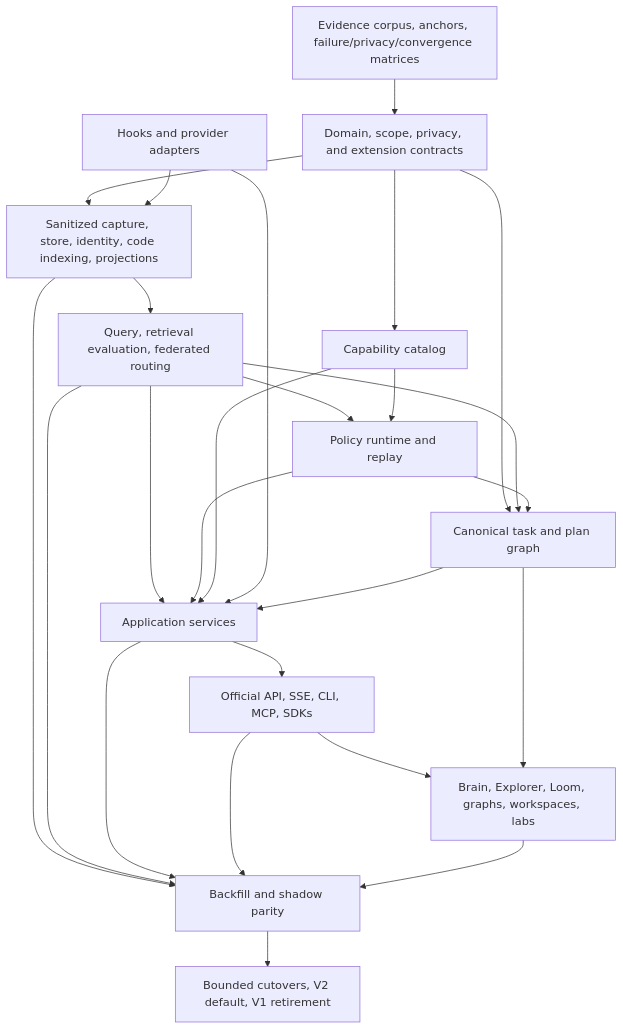
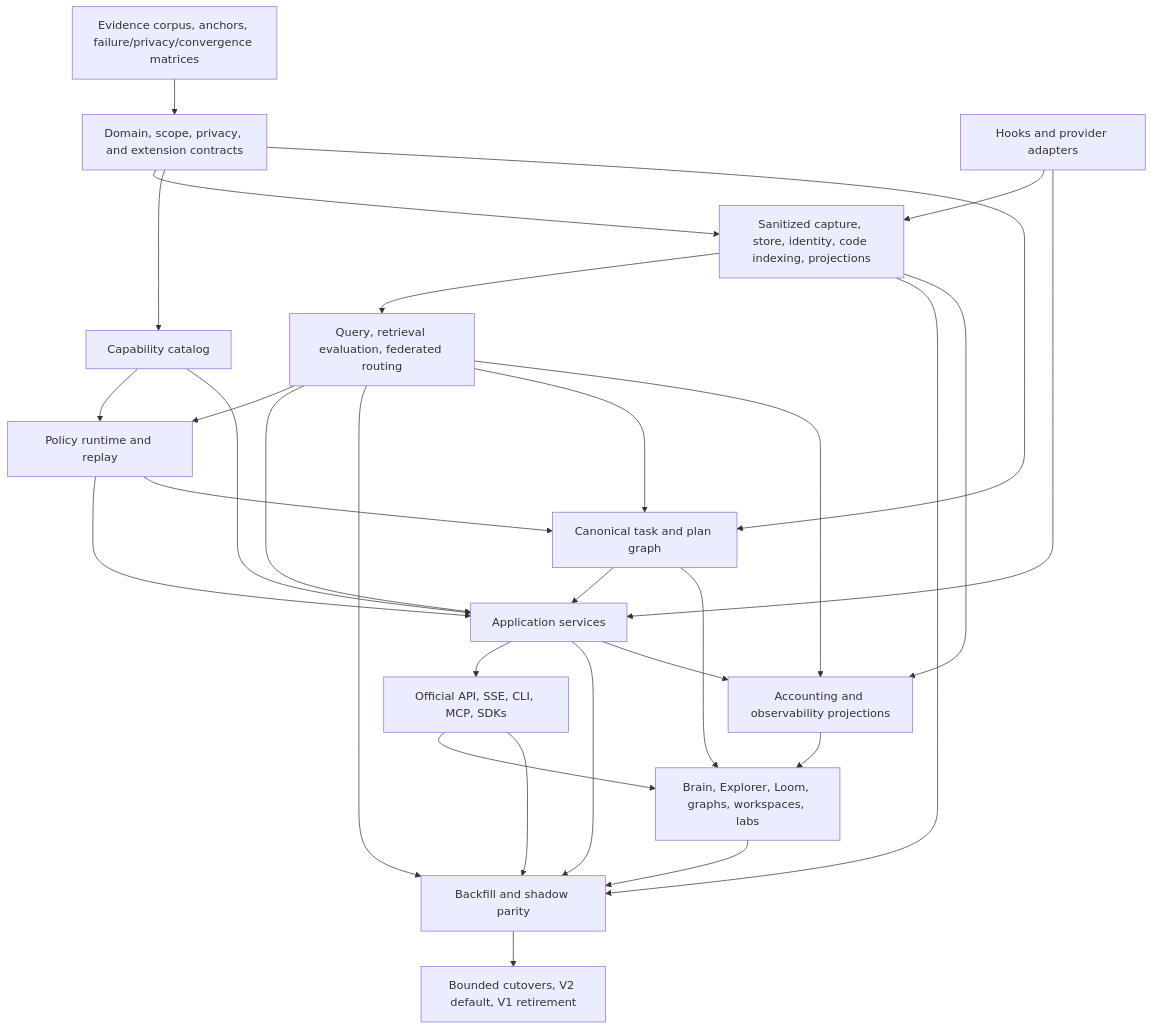
One commit to ScriptedAlchemy/tracedecay changed the diagram in docs/superpowers/plans/tracedecay-v2/00-plan-set-index.md. Above: the diagram before and after it, drawn with Mermaid. The commit also changed other lines of this file and 26 other files, not shown here.

````diff
--- a/docs/superpowers/plans/tracedecay-v2/00-plan-set-index.md
+++ b/docs/superpowers/plans/tracedecay-v2/00-plan-set-index.md
@@ -171,27 +183,31 @@
 ```mermaid
 flowchart TD
     E["Evidence corpus, anchors, failure/privacy/convergence matrices"] --> D["Domain, scope, privacy, and extension contracts"]
     D --> S["Sanitized capture, store, identity, code indexing, projections"]
     S --> Q["Query, retrieval evaluation, federated routing"]
     D --> C["Capability catalog"]
     Q --> P["Policy runtime and replay"]
     C --> P
     Q --> A["Application services"]
     P --> A
     C --> A
     H["Hooks and provider adapters"] --> S
     H --> A
     A --> API["Official API, SSE, CLI, MCP, SDKs"]
     API --> UI["Brain, Explorer, Loom, graphs, workspaces, labs"]
     S --> M["Backfill and shadow parity"]
     Q --> M
     A --> M
     API --> M
     UI --> M
     D --> T["Canonical task and plan graph"]
     Q --> T
     P --> T
     T --> A
     T --> UI
+    S --> O["Accounting and observability projections"]
+    Q --> O
+    A --> O
+    O --> UI
     M --> X["Bounded cutovers, V2 default, V1 retirement"]
 ```
````
